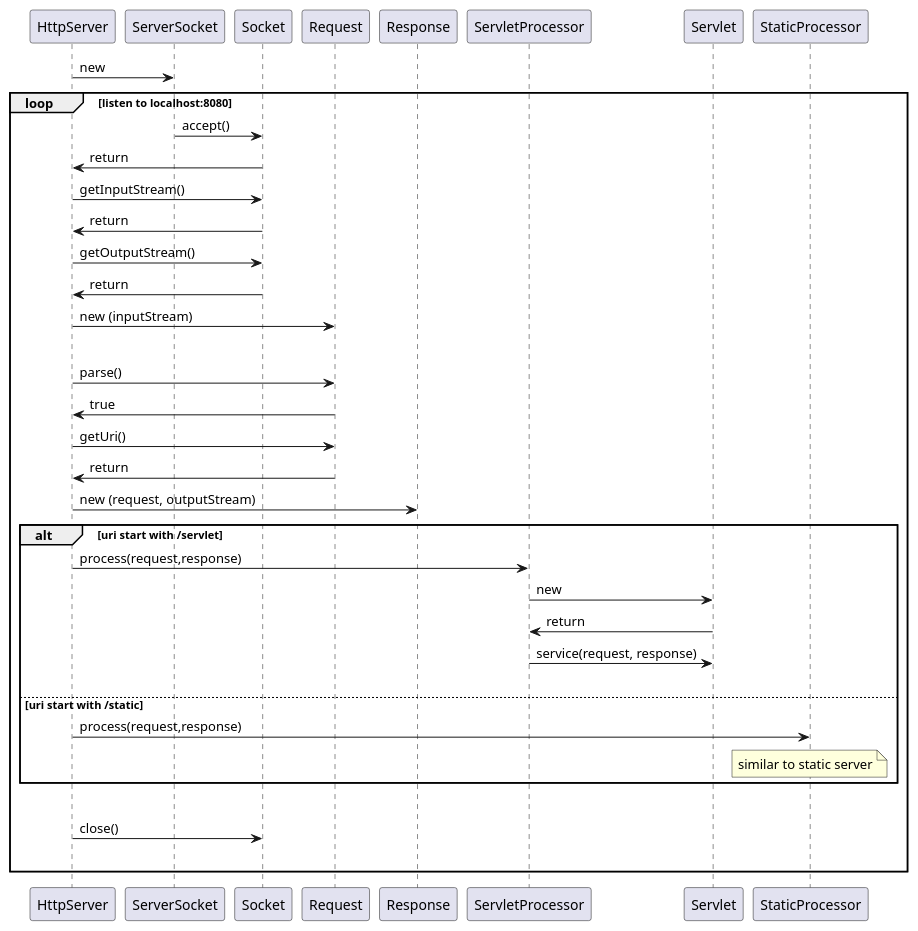
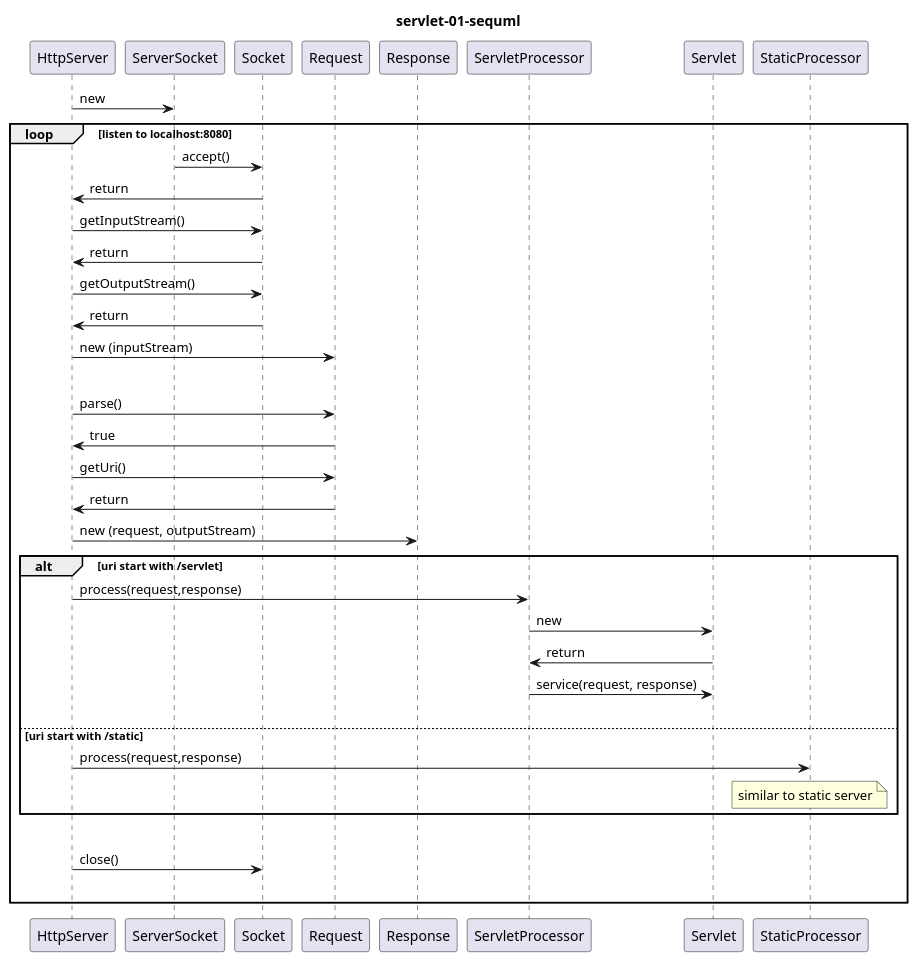
The diagram in src/main/java/servletServer01/servlet-01-sequml.puml (muscaestar/WebServerForFun), drawn with PlantUML before and after one commit. The commit also changed 8 other files, not shown here.

```diff
--- a/src/main/java/servletServer01/servlet-01-sequml.puml
+++ b/src/main/java/servletServer01/servlet-01-sequml.puml
@@ -1,34 +1,35 @@
 @startuml servlet-01-sequml
+title servlet-01-sequml
 HttpServer -> ServerSocket : new
     loop listen to localhost:8080
         ServerSocket -> Socket : accept()
         HttpServer <- Socket : return
         HttpServer -> Socket : getInputStream()
         HttpServer <- Socket : return
         HttpServer -> Socket : getOutputStream()
         HttpServer <- Socket : return
         HttpServer -> Request : new (inputStream)
         |||
         HttpServer -> Request : parse()
         HttpServer <- Request : true
         HttpServer -> Request : getUri()
         HttpServer <- Request : return
         HttpServer -> Response : new (request, outputStream)
         alt uri start with /servlet
             HttpServer -> ServletProcessor : process(request,response)
             ServletProcessor -> Servlet : new
             ServletProcessor <- Servlet : return
             ServletProcessor -> Servlet : service(request, response)
         |||
         else uri start with /static
             HttpServer -> StaticProcessor : process(request,response)
             note over StaticProcessor
                 similar to static server
             end note
         end
         |||
 
         HttpServer -> Socket : close()
         |||
     end
 @enduml
```
